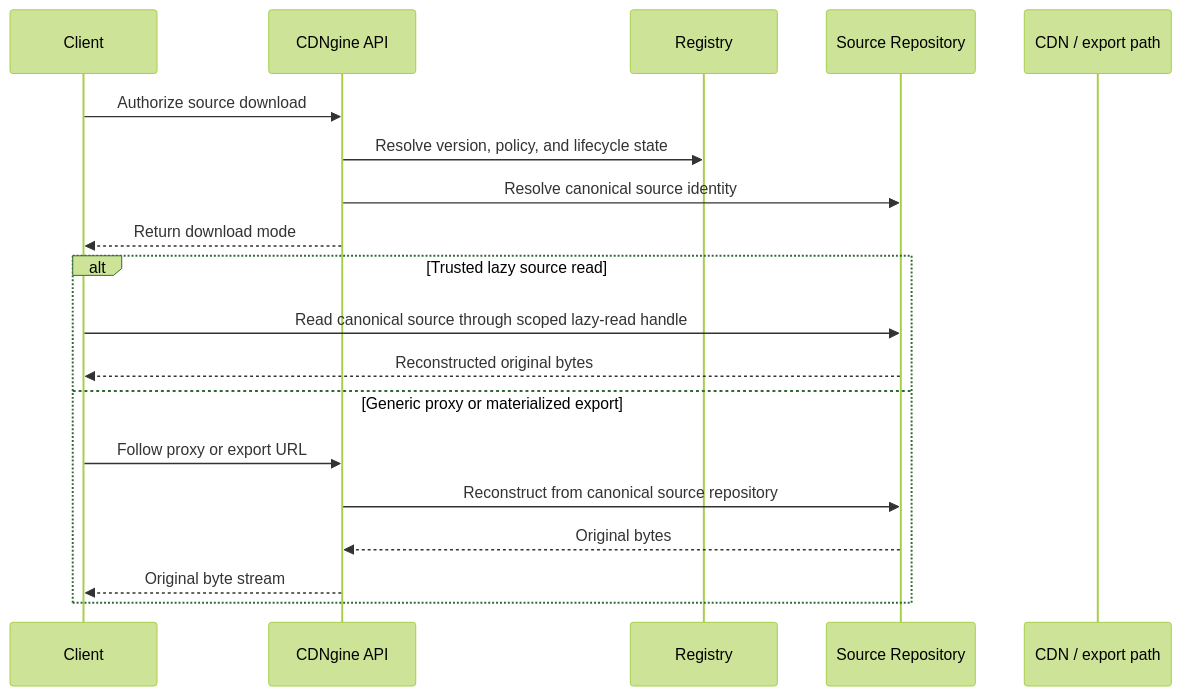
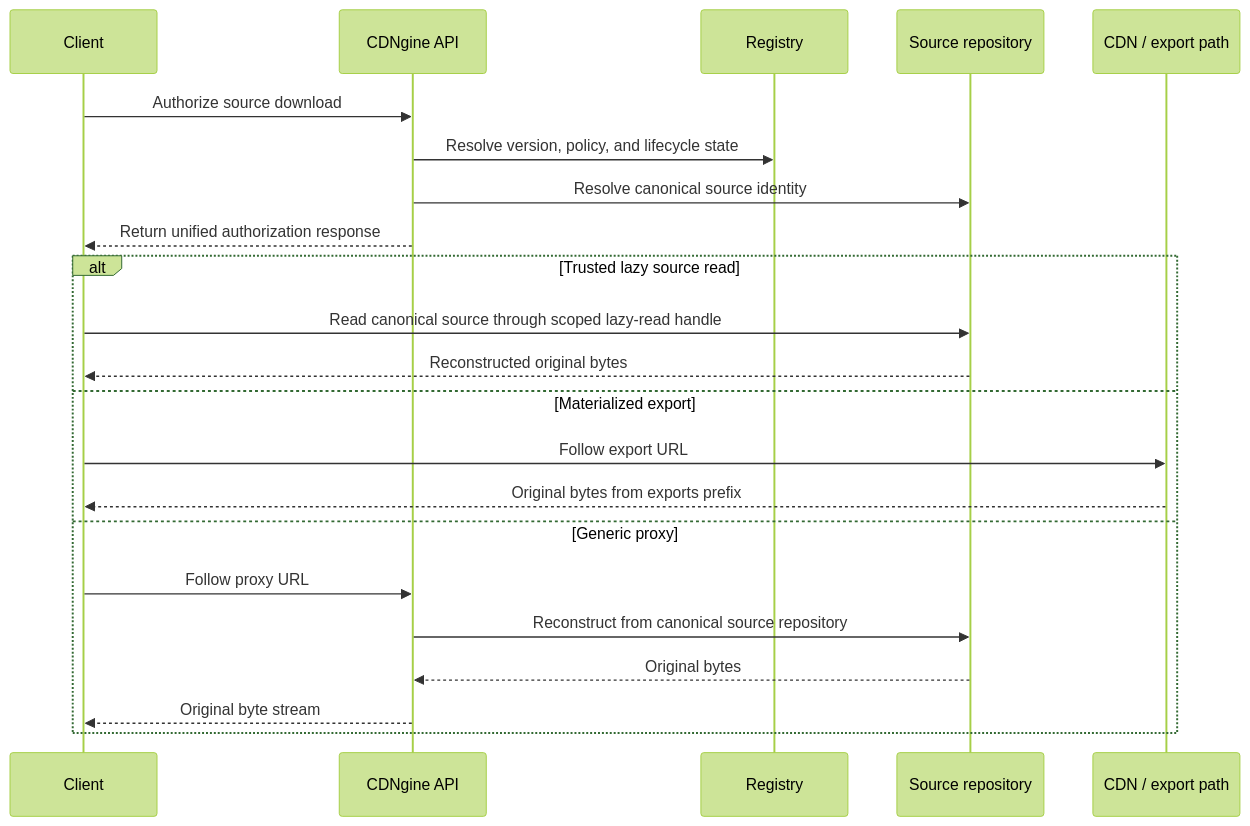
One commit to Yeusepe/cdngine changed diagram 12 of 15 in docs/architecture.md. Above: the diagram before and after it, drawn with Mermaid (forest theme). The commit also changed other lines of this file and 23 other files, not shown here.

````diff
--- a/docs/architecture.md
+++ b/docs/architecture.md
@@ -307,23 +581,26 @@
 ```mermaid
 sequenceDiagram
     participant Client
     participant API as CDNgine API
     participant R as Registry
-    participant O as Source Repository
+    participant O as Source repository
     participant CDN as CDN / export path
 
     Client->>API: Authorize source download
     API->>R: Resolve version, policy, and lifecycle state
     API->>O: Resolve canonical source identity
-    API-->>Client: Return download mode
+    API-->>Client: Return unified authorization response
 
     alt Trusted lazy source read
         Client->>O: Read canonical source through scoped lazy-read handle
         O-->>Client: Reconstructed original bytes
-    else Generic proxy or materialized export
-        Client->>API: Follow proxy or export URL
+    else Materialized export
+        Client->>CDN: Follow export URL
+        CDN-->>Client: Original bytes from exports prefix
+    else Generic proxy
+        Client->>API: Follow proxy URL
         API->>O: Reconstruct from canonical source repository
         O-->>API: Original bytes
         API-->>Client: Original byte stream
     end
 ```
````
